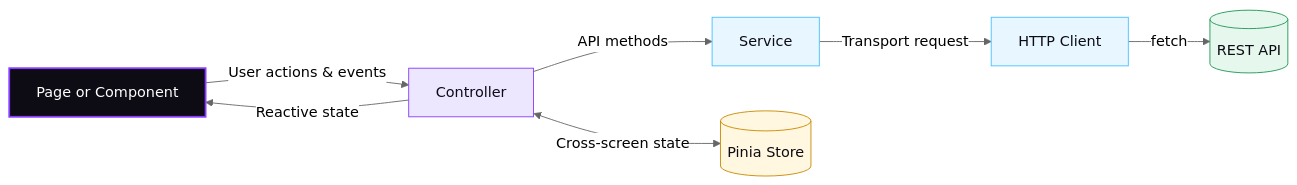
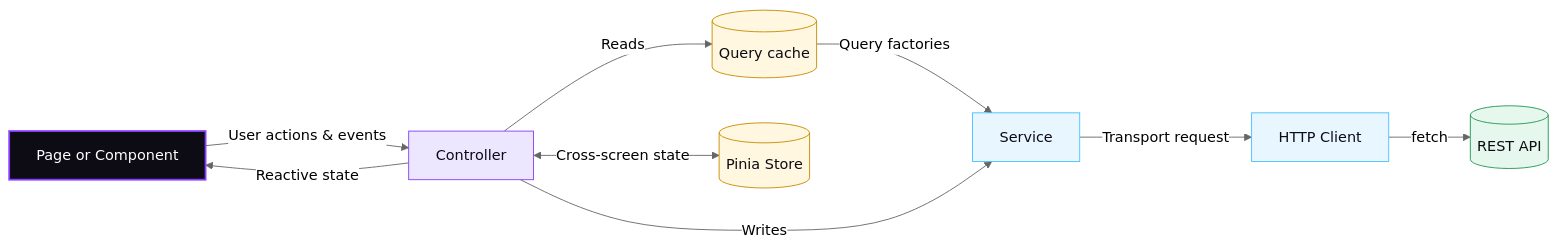
One commit to dopbase/dopbase changed the diagram in docs/reference/frontend-architecture.md. Above: the diagram before and after it, drawn with Mermaid (neutral theme). The commit also changed other lines of this file, not shown here.

First line of the commit message:
docs(ui): describe reading data through the query cache

````diff
--- a/docs/reference/frontend-architecture.md
+++ b/docs/reference/frontend-architecture.md
@@ -10,24 +10,26 @@
 ```mermaid
 flowchart LR
     accTitle: Dopbase Admin UI Layered Architecture
-    accDescr: Visual flow showing how pages interact with controllers, services, stores, and the HTTP client.
+    accDescr: Visual flow showing how pages interact with controllers, queries, services, stores, and the HTTP client.
 
     PAGE["Page or Component"] -->|"User actions & events"| CONTROLLER["Controller"]
     CONTROLLER -->|"Reactive state"| PAGE
-    CONTROLLER -->|"API methods"| SERVICE["Service"]
+    CONTROLLER -->|"Reads"| QUERY[("Query cache")]
+    QUERY -->|"Query factories"| SERVICE["Service"]
+    CONTROLLER -->|"Writes"| SERVICE
     CONTROLLER <-->|"Cross-screen state"| STORE[("Pinia Store")]
     SERVICE -->|"Transport request"| HTTP["HTTP Client"]
     HTTP -->|"fetch"| BACKEND[("REST API")]
 
     classDef view fill:#0d0b14,color:#ffffff,stroke:#863bff,stroke-width:2px;
     classDef logic fill:#ede6ff,color:#0d0b14,stroke:#863bff;
     classDef network fill:#e8f7ff,color:#0d0b14,stroke:#47bfff;
     classDef storage fill:#fff7df,color:#0d0b14,stroke:#c98900;
     classDef backend fill:#e6f8ed,color:#0d0b14,stroke:#219653;
 
     class PAGE view;
     class CONTROLLER logic;
     class SERVICE,HTTP network;
-    class STORE storage;
+    class STORE,QUERY storage;
     class BACKEND backend;
 ```
````
